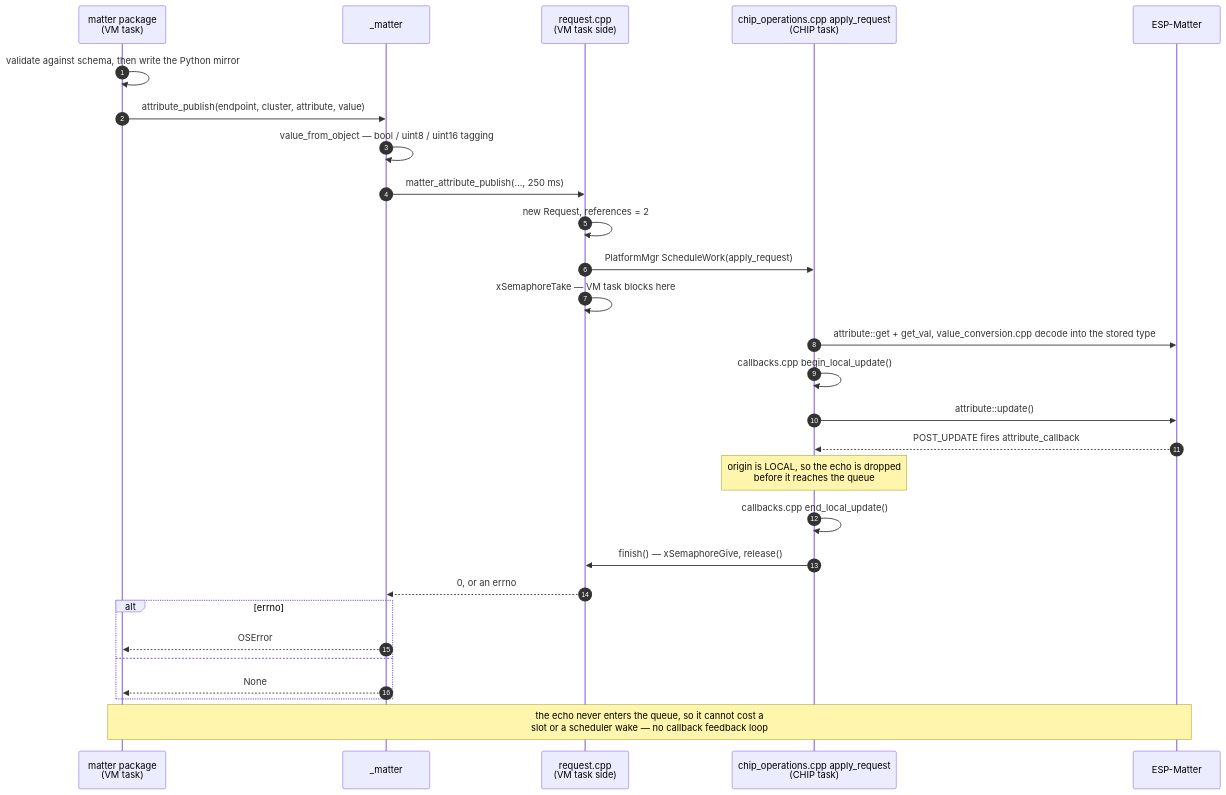
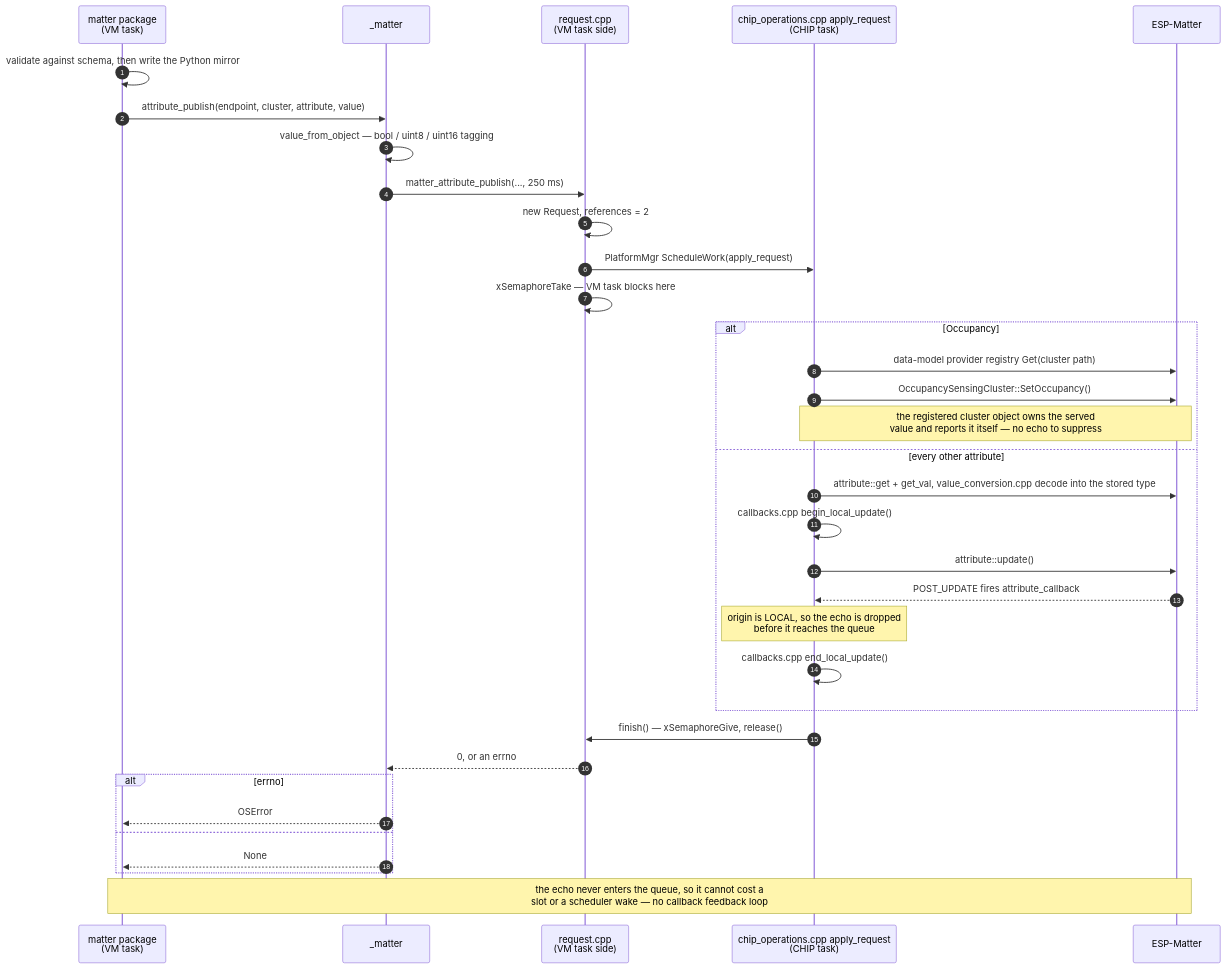
Before and after one commit to khlam/micropython-boardfarm: the third of 5 diagrams in firmware-packages/matter/ARCHITECTURE.md, drawn with Mermaid. The commit also changed other lines of this file and 4 other files, not shown here.

````diff
--- a/firmware-packages/matter/ARCHITECTURE.md
+++ b/firmware-packages/matter/ARCHITECTURE.md
@@ -124,34 +125,40 @@
 ```mermaid
 sequenceDiagram
     autonumber
     participant py as matter package<br/>(VM task)
     participant mod as _matter
     participant st as request.cpp<br/>(VM task side)
     participant chiptask as chip_operations.cpp apply_request<br/>(CHIP task)
     participant esp as ESP-Matter
 
     py->>py: validate against schema, then write the Python mirror
     py->>mod: attribute_publish(endpoint, cluster, attribute, value)
     mod->>mod: value_from_object — bool / uint8 / uint16 tagging
     mod->>st: matter_attribute_publish(..., 250 ms)
     st->>st: new Request, references = 2
     st->>chiptask: PlatformMgr ScheduleWork(apply_request)
     st->>st: xSemaphoreTake — VM task blocks here
 
-    chiptask->>esp: attribute::get + get_val, value_conversion.cpp decode into the stored type
-    chiptask->>chiptask: callbacks.cpp begin_local_update()
-    chiptask->>esp: attribute::update()
-    esp-->>chiptask: POST_UPDATE fires attribute_callback
-    Note over chiptask: origin is LOCAL, so the echo is dropped<br/>before it reaches the queue
-    chiptask->>chiptask: callbacks.cpp end_local_update()
+    alt Occupancy
+        chiptask->>esp: data-model provider registry Get(cluster path)
+        chiptask->>esp: OccupancySensingCluster::SetOccupancy()
+        Note over chiptask,esp: the registered cluster object owns the served<br/>value and reports it itself — no echo to suppress
+    else every other attribute
+        chiptask->>esp: attribute::get + get_val, value_conversion.cpp decode into the stored type
+        chiptask->>chiptask: callbacks.cpp begin_local_update()
+        chiptask->>esp: attribute::update()
+        esp-->>chiptask: POST_UPDATE fires attribute_callback
+        Note over chiptask: origin is LOCAL, so the echo is dropped<br/>before it reaches the queue
+        chiptask->>chiptask: callbacks.cpp end_local_update()
+    end
     chiptask->>st: finish() — xSemaphoreGive, release()
 
     st-->>mod: 0, or an errno
     alt errno
         mod-->>py: OSError
     else
         mod-->>py: None
     end
 
     Note over esp,py: the echo never enters the queue, so it cannot cost a<br/>slot or a scheduler wake — no callback feedback loop
 ```
````
